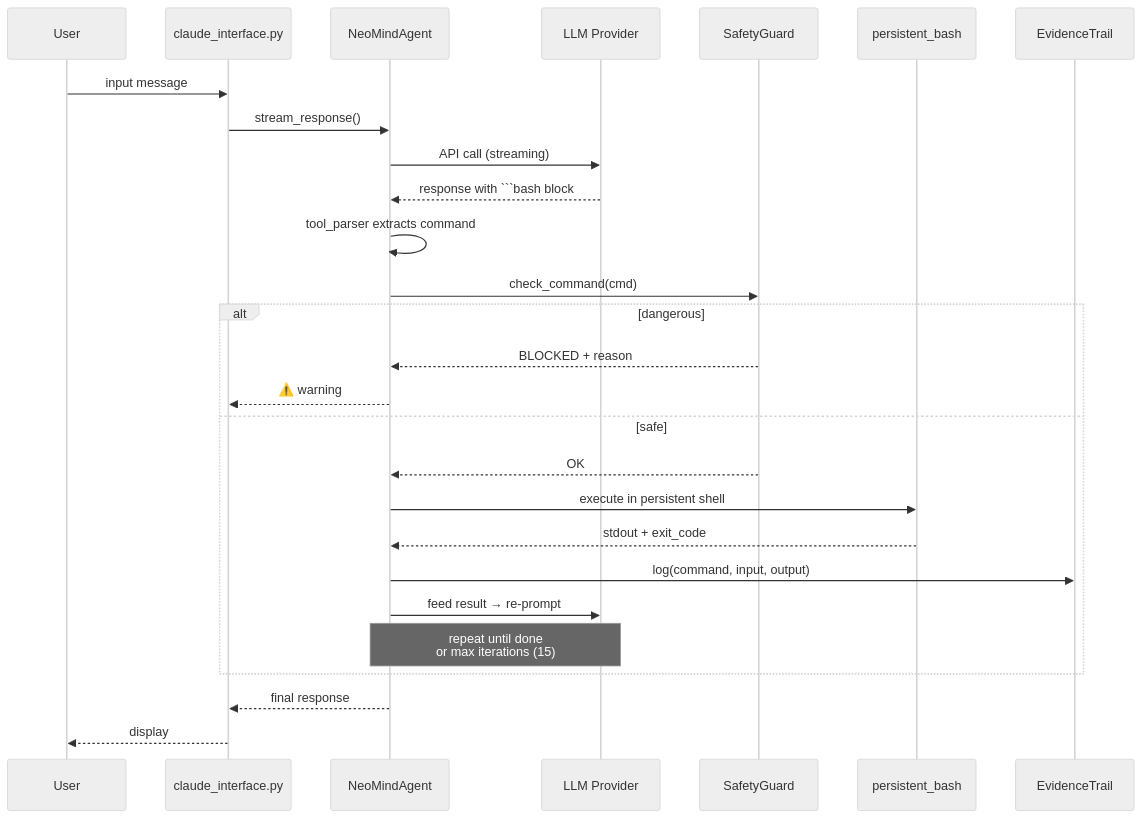
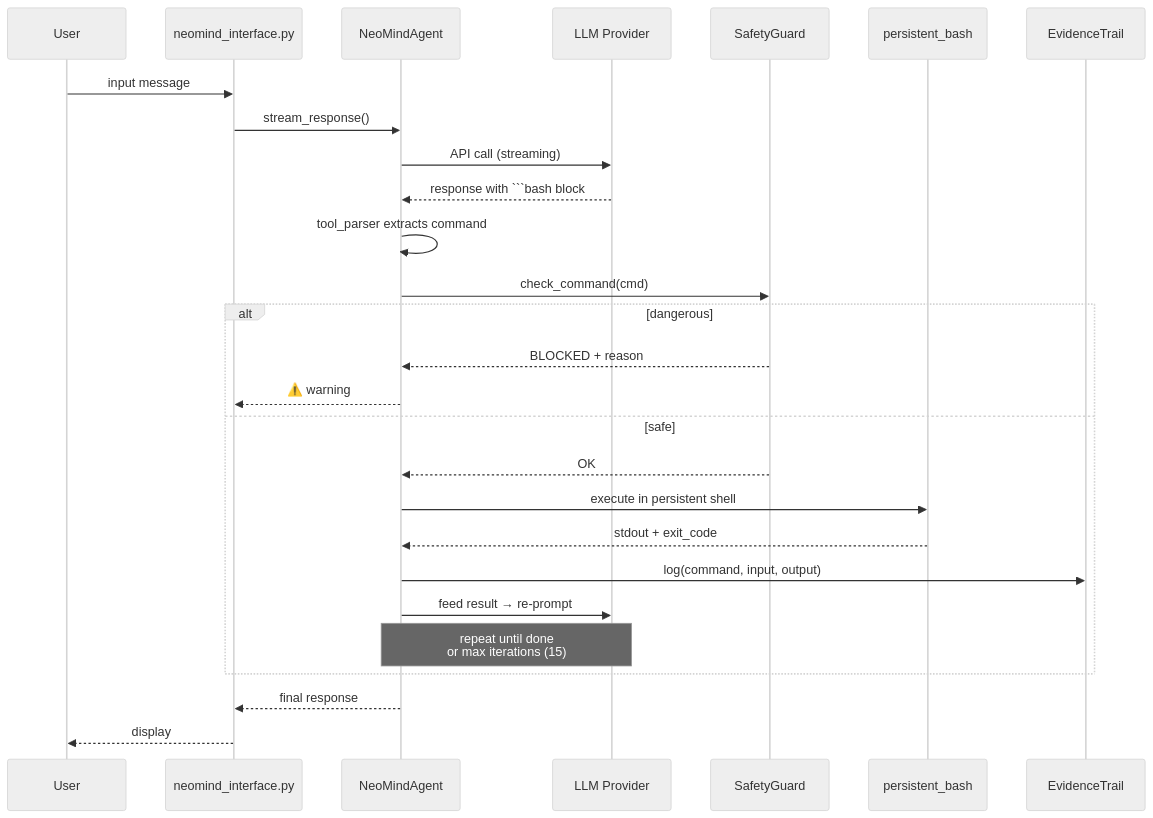
One commit to ikol172q/NeoMind_agent changed the third of 4 diagrams in README.md. Above: the diagram before and after it, drawn with Mermaid (neutral theme). The commit also changed other lines of this file and 24 other files, not shown here.

````diff
--- a/README.md
+++ b/README.md
@@ -311,30 +311,30 @@
 ```mermaid
 sequenceDiagram
     participant U as User
-    participant CLI as claude_interface.py
+    participant CLI as neomind_interface.py
     participant A as NeoMindAgent
     participant LLM as LLM Provider
     participant G as SafetyGuard
     participant T as persistent_bash
     participant E as EvidenceTrail
 
     U->>CLI: input message
     CLI->>A: stream_response()
     A->>LLM: API call (streaming)
     LLM-->>A: response with ```bash block
     A->>A: tool_parser extracts command
     A->>G: check_command(cmd)
     alt dangerous
         G-->>A: BLOCKED + reason
         A-->>CLI: ⚠️ warning
     else safe
         G-->>A: OK
         A->>T: execute in persistent shell
         T-->>A: stdout + exit_code
         A->>E: log(command, input, output)
         A->>LLM: feed result → re-prompt
         Note over A,LLM: repeat until done<br/>or max iterations (15)
     end
     A-->>CLI: final response
     CLI-->>U: display
 ```
````
